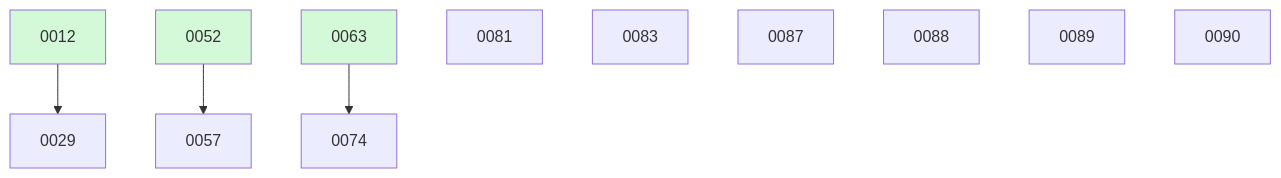
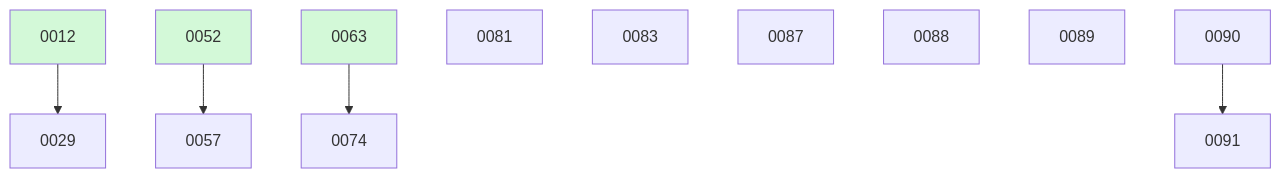
One commit to ethanhinson/fuse changed the diagram in docs/changes/BOARD.md. Above: the diagram before and after it, drawn with Mermaid. The commit also changed other lines of this file and 1 other file, not shown here.

````diff
--- a/docs/changes/BOARD.md
+++ b/docs/changes/BOARD.md
@@ -34,16 +35,17 @@
 ```mermaid
 graph TD
   0012 --> 0029
   0052 --> 0057
   0063 --> 0074
   0081
   0083
   0087
   0088
   0089
   0090
+  0090 --> 0091
   0012:::done
   0052:::done
   0063:::done
   classDef done fill:#d3f9d8;
 ```
````
